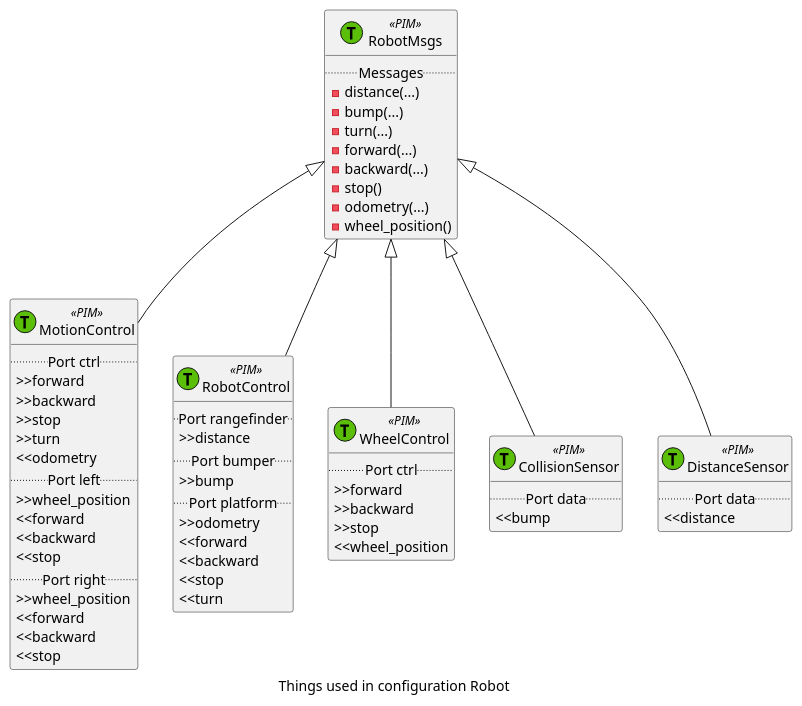
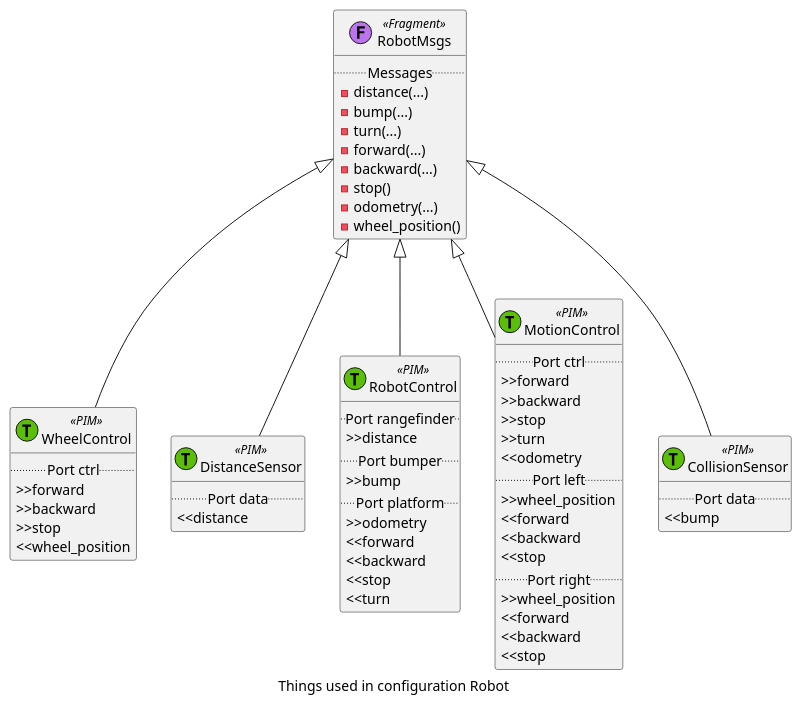
The diagram in doc/examples/thingml-gen/uml/Robot/Robot/docs/Robot_class_compact.plantuml (TelluIoT/ThingML), drawn with PlantUML before and after one commit. The commit also changed 11 other files, not shown here.

```diff
--- a/doc/examples/thingml-gen/uml/Robot/Robot/docs/Robot_class_compact.plantuml
+++ b/doc/examples/thingml-gen/uml/Robot/Robot/docs/Robot_class_compact.plantuml
@@ -1,64 +1,64 @@
 @startuml
 caption Things used in configuration Robot
+class WheelControl <<(T,#5BBF09)PIM>> {
+..Port ctrl..
+>>forward
+>>backward
+>>stop
+<<wheel_position
+}
+class RobotMsgs <<(F,#BC74ED)Fragment>> {
+..Messages..
+-distance(...)
+-bump(...)
+-turn(...)
+-forward(...)
+-backward(...)
+-stop()
+-odometry(...)
+-wheel_position()
+}
+class DistanceSensor <<(T,#5BBF09)PIM>> {
+..Port data..
+<<distance
+}
+class RobotControl <<(T,#5BBF09)PIM>> {
+..Port rangefinder..
+>>distance
+..Port bumper..
+>>bump
+..Port platform..
+>>odometry
+<<forward
+<<backward
+<<stop
+<<turn
+}
 class MotionControl <<(T,#5BBF09)PIM>> {
 ..Port ctrl..
 >>forward
 >>backward
 >>stop
 >>turn
 <<odometry
 ..Port left..
 >>wheel_position
 <<forward
 <<backward
 <<stop
 ..Port right..
 >>wheel_position
 <<forward
 <<backward
 <<stop
 }
-class RobotMsgs <<(T,#5BBF09)PIM>> {
-..Messages..
--distance(...)
--bump(...)
--turn(...)
--forward(...)
--backward(...)
--stop()
--odometry(...)
--wheel_position()
-}
-class RobotControl <<(T,#5BBF09)PIM>> {
-..Port rangefinder..
->>distance
-..Port bumper..
->>bump
-..Port platform..
->>odometry
-<<forward
-<<backward
-<<stop
-<<turn
-}
-class WheelControl <<(T,#5BBF09)PIM>> {
-..Port ctrl..
->>forward
->>backward
->>stop
-<<wheel_position
-}
 class CollisionSensor <<(T,#5BBF09)PIM>> {
 ..Port data..
 <<bump
 }
-class DistanceSensor <<(T,#5BBF09)PIM>> {
-..Port data..
-<<distance
-}
+RobotMsgs <|-- WheelControl
+RobotMsgs <|-- DistanceSensor
+RobotMsgs <|-- RobotControl
 RobotMsgs <|-- MotionControl
-RobotMsgs <|-- RobotControl
-RobotMsgs <|-- WheelControl
 RobotMsgs <|-- CollisionSensor
-RobotMsgs <|-- DistanceSensor
 @enduml
```
